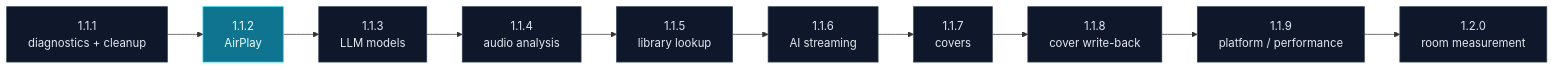
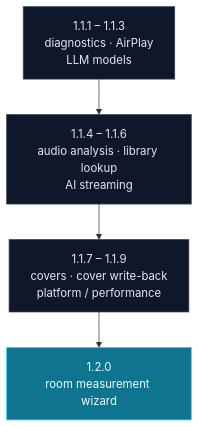
One commit to BH2VOQ/RLPlayer-Mac changed the diagram in README.md. Above: the diagram before and after it, drawn with Mermaid. The commit also changed 1 other file, not shown here.

Commit message:
docs(readme): redraw the roadmap as a compact vertical flow

````diff
--- a/README.md
+++ b/README.md
@@ -263,16 +263,12 @@
 ```mermaid
-flowchart LR
-  A["1.1.1<br/>diagnostics + cleanup"] --> B["1.1.2<br/>AirPlay"]
-  B --> C["1.1.3<br/>LLM models"]
-  C --> D["1.1.4<br/>audio analysis"]
-  D --> E["1.1.5<br/>library lookup"]
-  E --> F["1.1.6<br/>AI streaming"]
-  F --> G["1.1.7<br/>covers"]
-  G --> H["1.1.8<br/>cover write-back"]
-  H --> I["1.1.9<br/>platform / performance"]
-  I --> J["1.2.0<br/>room measurement"]
+flowchart TB
+  A["1.1.1 – 1.1.3<br/>diagnostics · AirPlay<br/>LLM models"]
+  B["1.1.4 – 1.1.6<br/>audio analysis · library lookup<br/>AI streaming"]
+  C["1.1.7 – 1.1.9<br/>covers · cover write-back<br/>platform / performance"]
+  D["1.2.0<br/>room measurement wizard"]
+  A --> B --> C --> D
   classDef plan fill:#0f172a,stroke:#334155,color:#e2e8f0;
-  classDef air fill:#0e7490,stroke:#22d3ee,color:#ecfeff;
-  class A,B,C,D,E,F,G,H,I,J plan;
-  class B air;
+  classDef next fill:#0e7490,stroke:#22d3ee,color:#ecfeff;
+  class A,B,C plan;
+  class D next;
 ```
````
